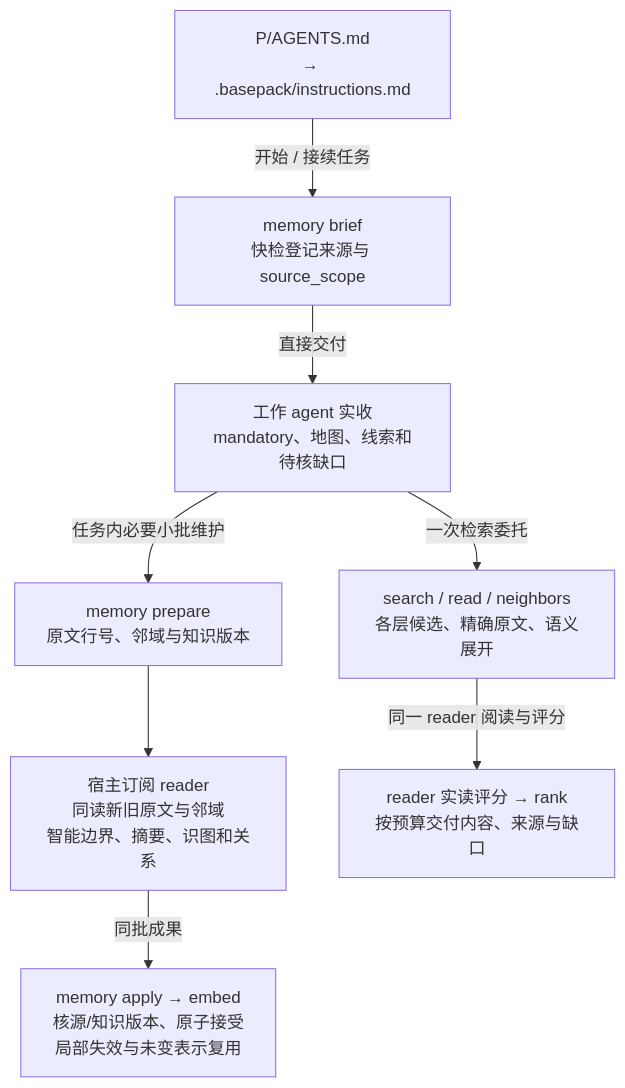
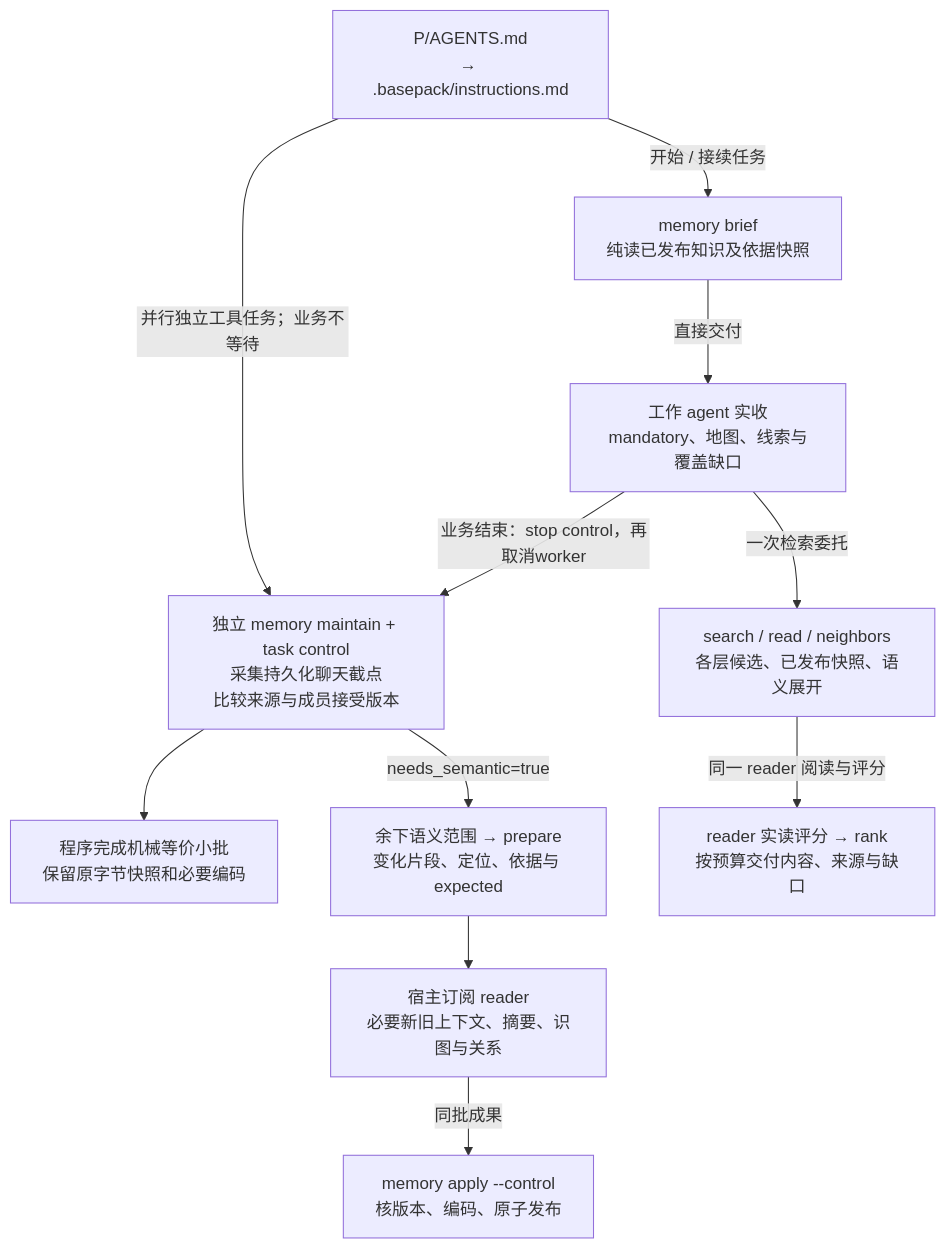
One commit to YS-Pan/basePack changed the sixth of 8 diagrams in devDoc/system/diagrams.md. Above: the diagram before and after it, drawn with Mermaid. The commit also changed other lines of this file and 54 other files, not shown here.

````diff
--- a/devDoc/system/diagrams.md
+++ b/devDoc/system/diagrams.md
@@ -156,18 +158,23 @@
 ```mermaid
 flowchart TB
   entry["P/AGENTS.md<br/>→ .basepack/instructions.md"]
-  brief["memory brief<br/>快检登记来源与 source_scope"]
-  host["工作 agent 实收<br/>mandatory、地图、线索和待核缺口"]
-  reader["宿主订阅 reader<br/>同读新旧原文与邻域<br/>智能边界、摘要、识图和关系"]
-  prepare["memory prepare<br/>原文行号、邻域与知识版本"]
-  apply["memory apply → embed<br/>核源/知识版本、原子接受<br/>局部失效与未变表示复用"]
-  retrieval["search / read / neighbors<br/>各层候选、精确原文、语义展开"]
+  brief["memory brief<br/>纯读已发布知识及依据快照"]
+  host["工作 agent 实收<br/>mandatory、地图、线索与覆盖缺口"]
+  preflight["独立 memory maintain + task control<br/>采集持久化聊天截点<br/>比较来源与成员接受版本"]
+  mechanical["程序完成机械等价小批<br/>保留原字节快照和必要编码"]
+  prepare["余下语义范围 → prepare<br/>变化片段、定位、依据与 expected"]
+  reader["宿主订阅 reader<br/>必要新旧上下文、摘要、识图与关系"]
+  apply["memory apply --control<br/>核版本、编码、原子发布"]
+  retrieval["search / read / neighbors<br/>各层候选、已发布快照、语义展开"]
   delivery["reader 实读评分 → rank<br/>按预算交付内容、来源与缺口"]
   entry -->|开始 / 接续任务| brief
   brief -->|直接交付| host
-  host -->|任务内必要小批维护| prepare
+  entry -->|并行独立工具任务；业务不等待| preflight
+  preflight --> mechanical
+  preflight -->|needs_semantic=true| prepare
   prepare --> reader
   reader -->|同批成果| apply
   host -->|一次检索委托| retrieval
   retrieval -->|同一 reader 阅读与评分| delivery
+  host -->|业务结束：stop control，再取消worker| preflight
 ```
````
